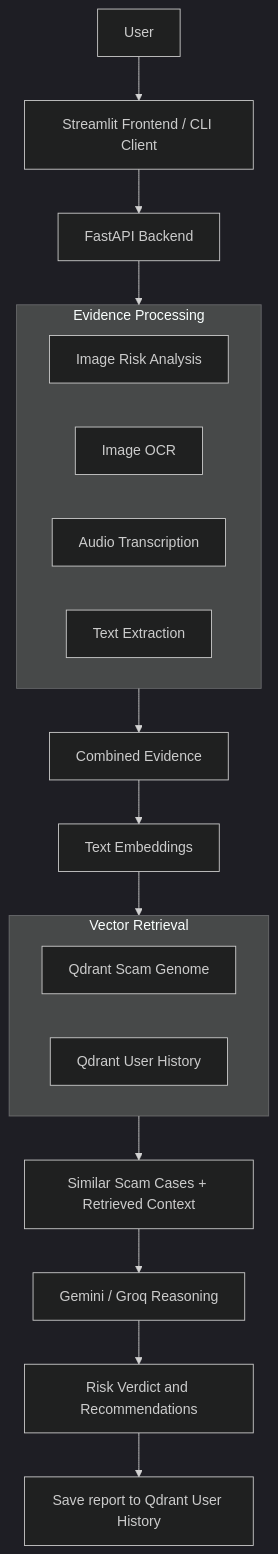
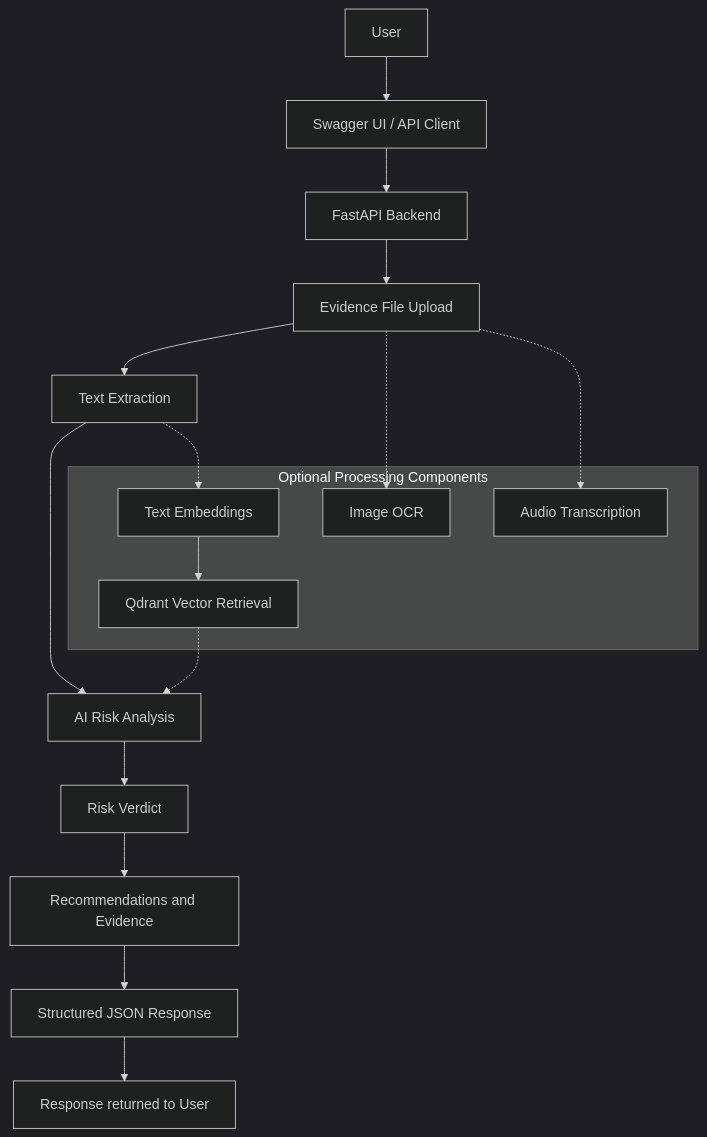
The diagram in README.md (pixelpilot007/ScamShield-FinFraud), drawn with Mermaid (dark theme) before and after one commit. The commit also changed other lines of this file, not shown here.

Commit message:
Finalize architecture flowchart

````diff
--- a/README.md
+++ b/README.md
@@ -25,29 +49,23 @@
 ```mermaid
 flowchart TD
-    U[User] --> UI[Streamlit Frontend / CLI Client]
-    UI --> API[FastAPI Backend]
+    U["User"] --> S["Swagger UI / API Client"]
+    S --> API["FastAPI Backend"]
+    API --> UP["Evidence File Upload"]
+    UP --> EXT["Text Extraction"]
+    EXT --> LLM["AI Risk Analysis"]
+    LLM --> V["Risk Verdict"]
+    V --> R["Recommendations and Evidence"]
+    R --> JSON["Structured JSON Response"]
+    JSON --> OUT["Response returned to User"]
 
-    subgraph EXTRACT["Evidence Processing"]
-        direction LR
-        IMG[Image Risk Analysis]
-        OCR[Image OCR]
-        AUD[Audio Transcription]
-        TXT[Text Extraction]
+    subgraph Optional["Optional Processing Components"]
+        EMB["Text Embeddings"] --> Q["Qdrant Vector Retrieval"]
+        OCR["Image OCR"]
+        AUD["Audio Transcription"]
     end
 
-    API --> EXTRACT
-    EXTRACT --> EV[Combined Evidence]
-    EV --> EMB[Text Embeddings]
-
-    subgraph QDRANT["Vector Retrieval"]
-        direction LR
-        Q[Qdrant Scam Genome]
-        H[Qdrant User History]
-    end
-
-    EMB --> QDRANT
-    QDRANT --> CTX[Similar Scam Cases + Retrieved Context]
-    CTX --> LLM[Gemini / Groq Reasoning]
-    LLM --> R[Risk Verdict and Recommendations]
-    R --> SAVE[Save report to Qdrant User History]
+    EXT -.-> EMB
+    UP -.-> OCR
+    UP -.-> AUD
+    Q -.-> LLM
 ```
````
